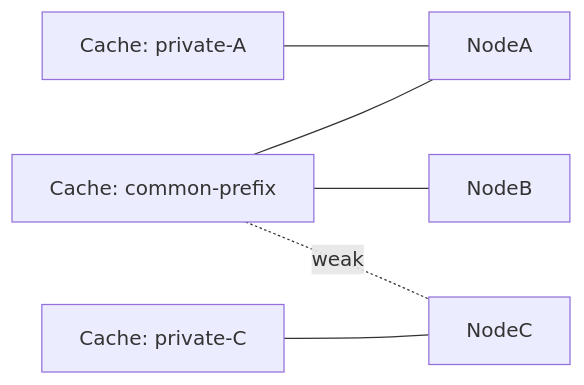
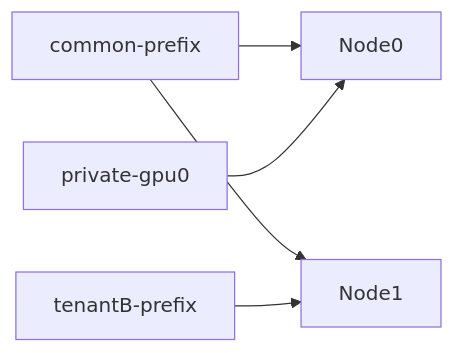
Before and after one commit to yxtmfz/tokenfs: the first of 3 diagrams in docs/innovation2_sharing_replication.md, drawn with Mermaid. The commit also changed other lines of this file and 29 other files, not shown here.

````diff
--- a/docs/innovation2_sharing_replication.md
+++ b/docs/innovation2_sharing_replication.md
@@ -114,8 +23,7 @@
 ```mermaid
 flowchart LR
-    C1["Cache: common-prefix"] --- N1["NodeA"]
-    C1 --- N2["NodeB"]
-    C1 -. weak .- N3["NodeC"]
-    C2["Cache: private-A"] --- N1
-    C3["Cache: private-C"] --- N3
+    K1["common-prefix"] --> N0["Node0"]
+    K1 --> N1["Node1"]
+    K2["private-gpu0"] --> N0
+    K3["tenantB-prefix"] --> N1
 ```
````
